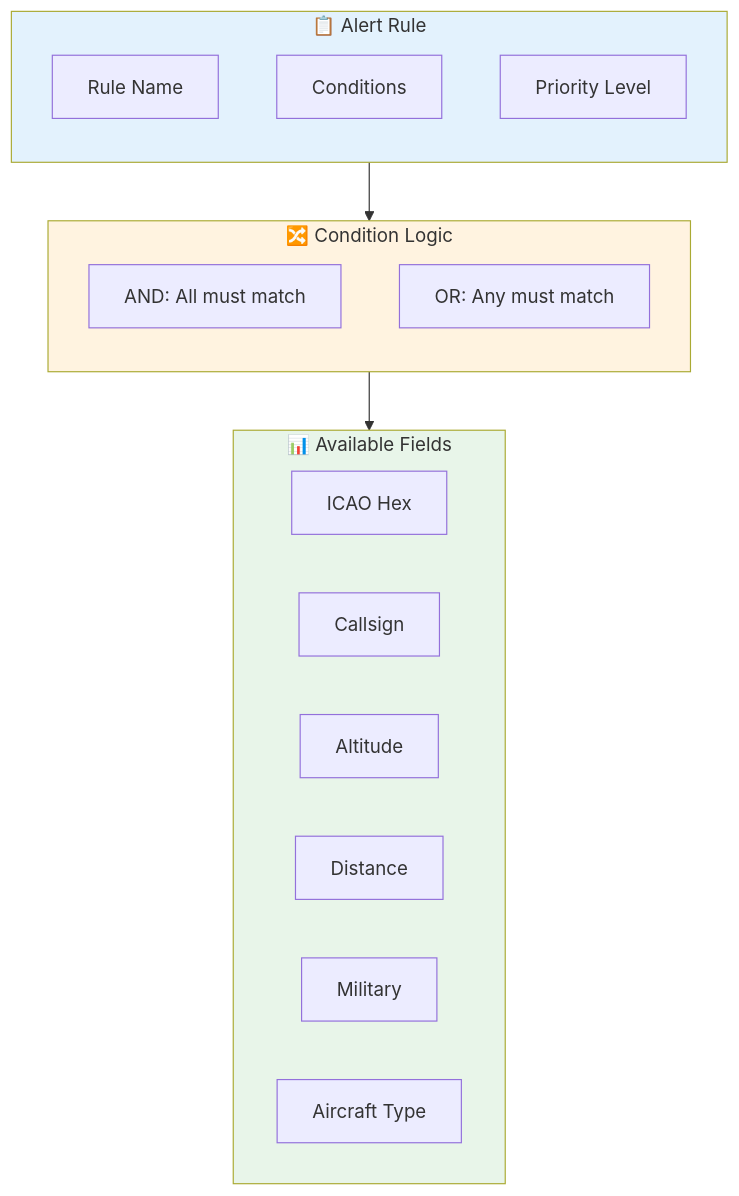
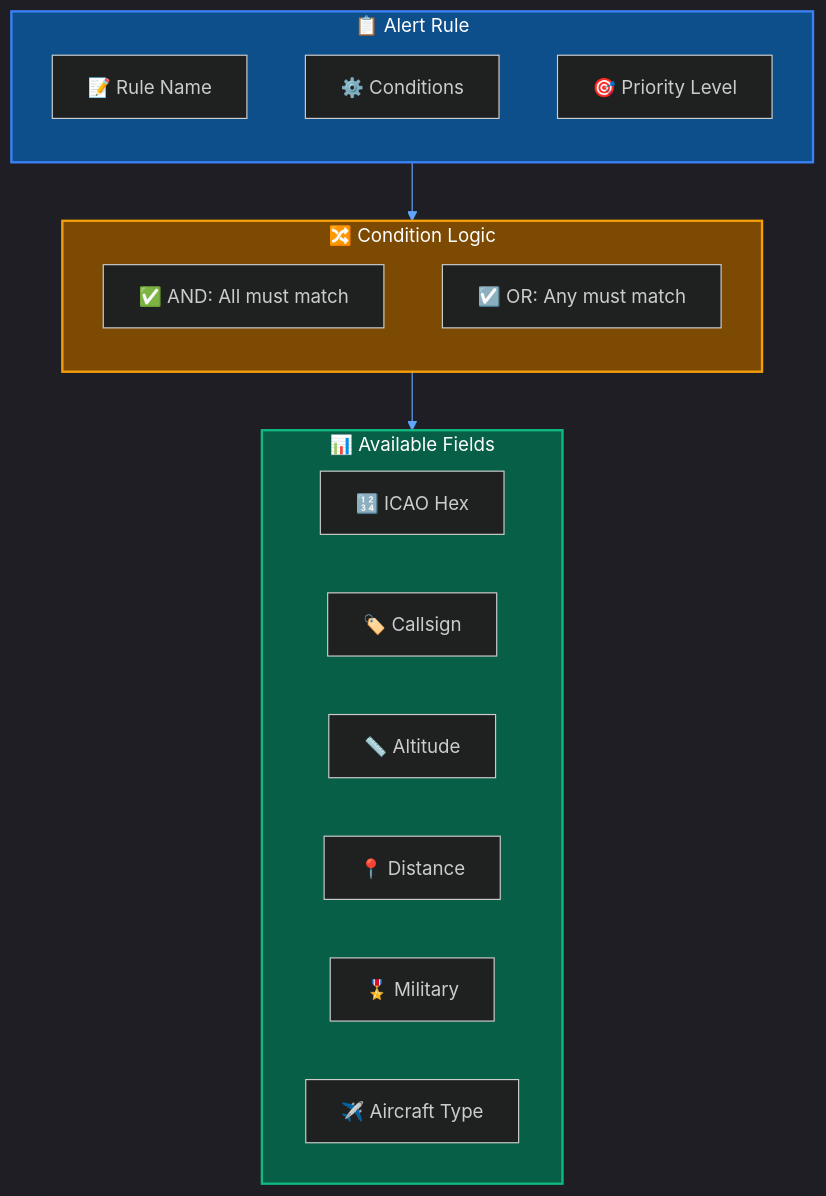
One commit to CHA0S-CORP/SkySpyDocs changed the third of 7 diagrams in docs/Getting Started/safety-and-alerts.md. Above: the diagram before and after it, drawn with Mermaid. The commit also changed other lines of this file and 11 other files, not shown here.

````diff
--- a/docs/Getting Started/safety-and-alerts.md
+++ b/docs/Getting Started/safety-and-alerts.md
@@ -117,32 +119,33 @@
 ```mermaid
+%%{init: {'theme': 'dark', 'themeVariables': { 'primaryColor': '#1e3a5f', 'primaryTextColor': '#fff', 'primaryBorderColor': '#3b82f6', 'lineColor': '#60a5fa'}}}%%
 flowchart TB
     subgraph Rule["📋 Alert Rule"]
         direction TB
-        NAME[Rule Name]
-        COND[Conditions]
-        PRIO[Priority Level]
+        NAME["📝 Rule Name"]
+        COND["⚙️ Conditions"]
+        PRIO["🎯 Priority Level"]
     end
 
     subgraph Conditions["🔀 Condition Logic"]
         direction TB
-        AND["AND: All must match"]
-        OR["OR: Any must match"]
+        AND["✅ AND: All must match"]
+        OR["☑️ OR: Any must match"]
     end
 
     subgraph Fields["📊 Available Fields"]
         direction LR
-        ICAO[ICAO Hex]
-        CALL[Callsign]
-        ALT[Altitude]
-        DIST[Distance]
-        MIL[Military]
-        TYPE[Aircraft Type]
+        ICAO["🔢 ICAO Hex"]
+        CALL["🏷️ Callsign"]
+        ALT["📏 Altitude"]
+        DIST["📍 Distance"]
+        MIL["🎖️ Military"]
+        TYPE["✈️ Aircraft Type"]
     end
 
     Rule --> Conditions
     Conditions --> Fields
 
-    style Rule fill:#e3f2fd
-    style Conditions fill:#fff3e0
-    style Fields fill:#e8f5e9
+    style Rule fill:#0d4f8b,stroke:#3b82f6,stroke-width:2px,color:#fff
+    style Conditions fill:#7c4a03,stroke:#f59e0b,stroke-width:2px,color:#fff
+    style Fields fill:#065f46,stroke:#10b981,stroke-width:2px,color:#fff
 ```
````
